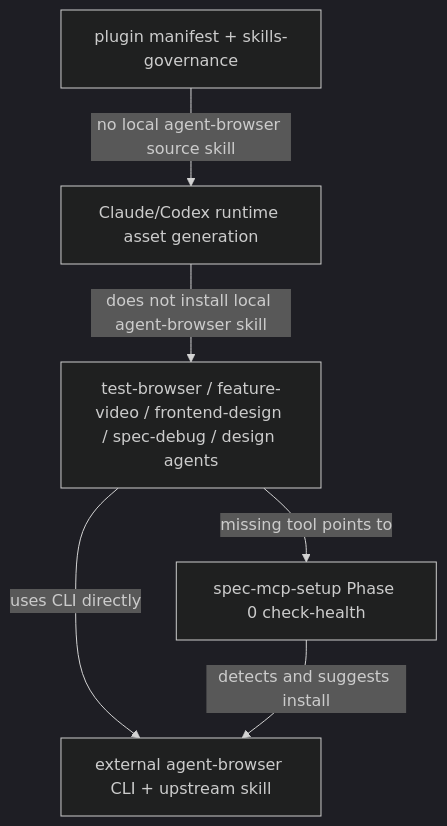
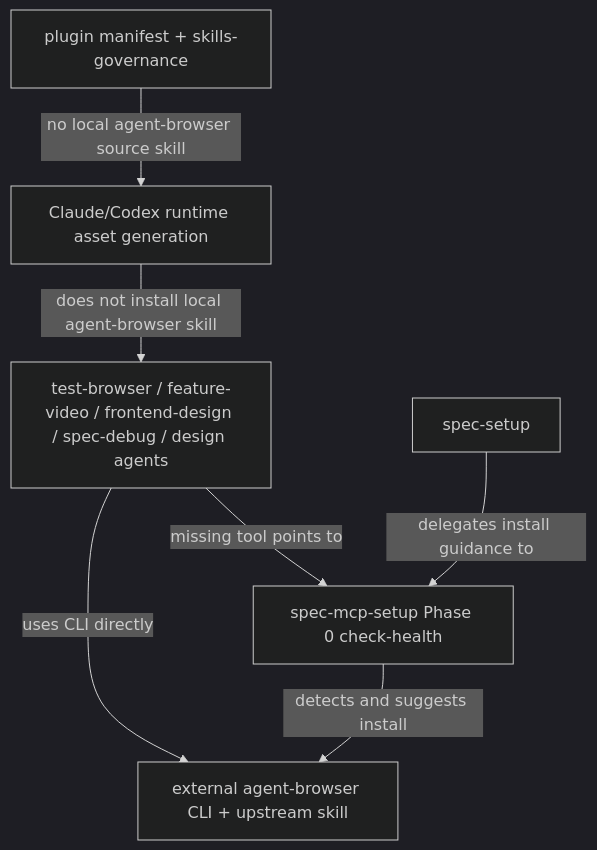
One commit to ajiao7240/spec-first changed the diagram in docs/plans/2026-04-27-002-refactor-agent-browser-external-tool-plan.md. Above: the diagram before and after it, drawn with Mermaid (dark theme). The commit also changed other lines of this file and 2 other files, not shown here.

Commit message:
[TASK-DOCS-007] docs: refine spec and migration plan updates

````diff
--- a/docs/plans/2026-04-27-002-refactor-agent-browser-external-tool-plan.md
+++ b/docs/plans/2026-04-27-002-refactor-agent-browser-external-tool-plan.md
@@ -93,14 +97,16 @@
 ```mermaid
 flowchart TD
   BrowserConsumers[test-browser / feature-video / frontend-design / spec-debug / design agents]
   Setup[spec-mcp-setup Phase 0 check-health]
+  LegacySetup[spec-setup]
   External[external agent-browser CLI + upstream skill]
   Governance[plugin manifest + skills-governance]
   Runtime[Claude/Codex runtime asset generation]
 
   BrowserConsumers -->|uses CLI directly| External
   BrowserConsumers -->|missing tool points to| Setup
+  LegacySetup -->|delegates install guidance to| Setup
   Setup -->|detects and suggests install| External
   Governance -->|no local agent-browser source skill| Runtime
   Runtime -->|does not install local agent-browser skill| BrowserConsumers
 ```
````
